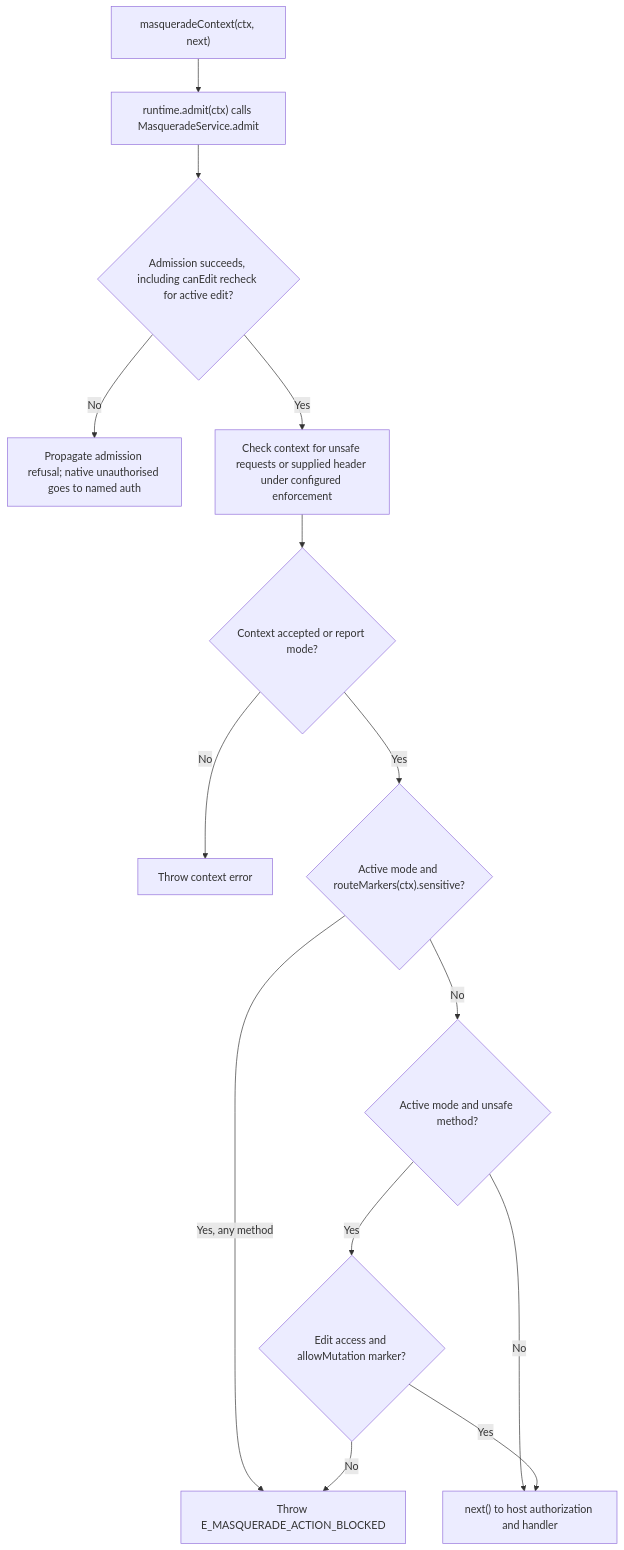
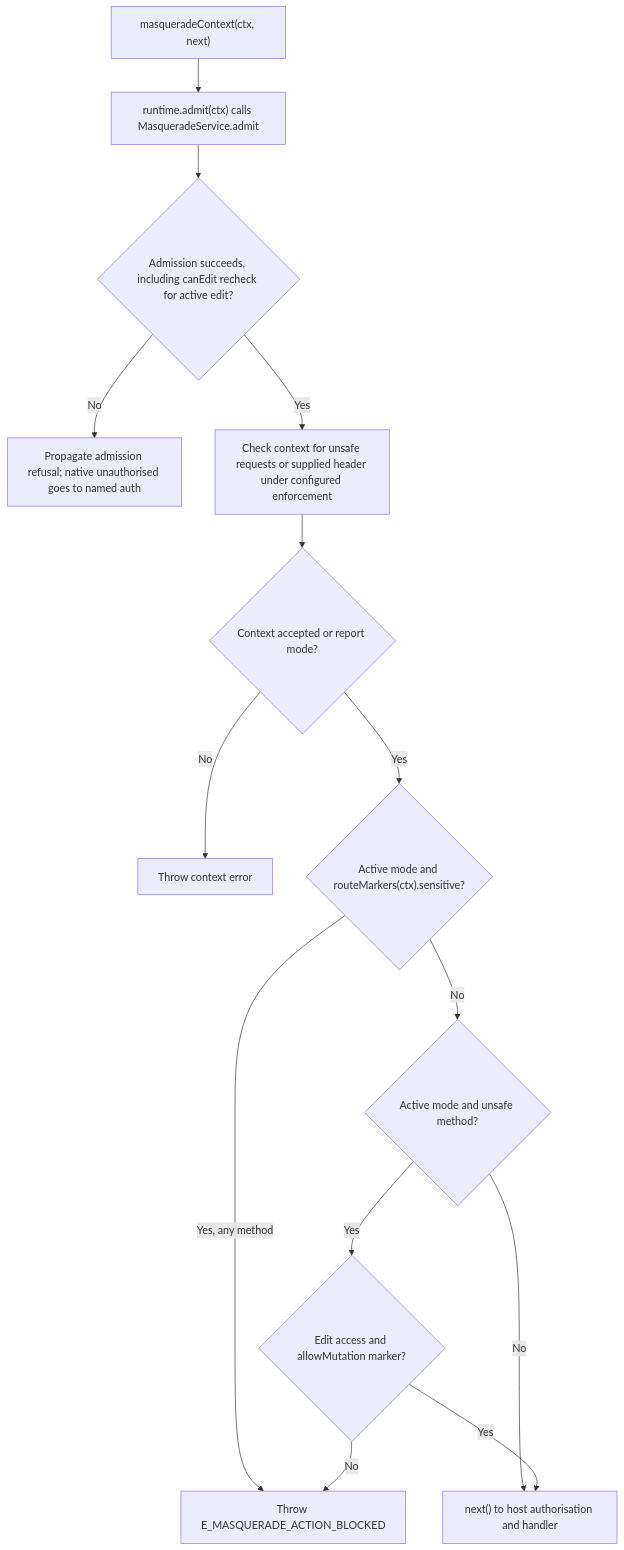
The second of 2 diagrams in user-stories/edit-effective-account/us-actor-03-edit-effective-account.md (Kevinjohn/oss-adonisjs-masquerade), drawn with Mermaid before and after one commit. The commit also changed other lines of this file and 42 other files, not shown here.

````diff
--- a/user-stories/edit-effective-account/us-actor-03-edit-effective-account.md
+++ b/user-stories/edit-effective-account/us-actor-03-edit-effective-account.md
@@ -37,16 +37,16 @@
 ```mermaid
 flowchart TD
     A["masqueradeContext(ctx, next)"] --> B["runtime.admit(ctx) calls MasqueradeService.admit"]
     B --> C{"Admission succeeds, including canEdit recheck for active edit?"}
     C -->|No| Z["Propagate admission refusal; native unauthorised goes to named auth"]
     C -->|Yes| D["Check context for unsafe requests or supplied header under configured enforcement"]
     D --> X{"Context accepted or report mode?"}
     X -->|No| Y["Throw context error"]
     X -->|Yes| E{"Active mode and routeMarkers(ctx).sensitive?"}
     E -->|Yes, any method| F["Throw E_MASQUERADE_ACTION_BLOCKED"]
     E -->|No| G{"Active mode and unsafe method?"}
-    G -->|No| H["next() to host authorization and handler"]
+    G -->|No| H["next() to host authorisation and handler"]
     G -->|Yes| I{"Edit access and allowMutation marker?"}
     I -->|No| F
     I -->|Yes| H
 ```
````
